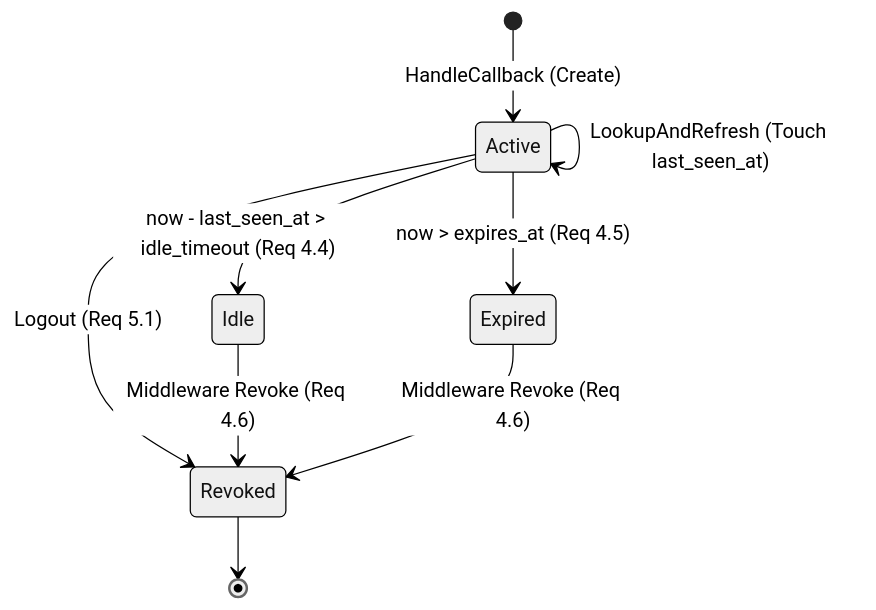
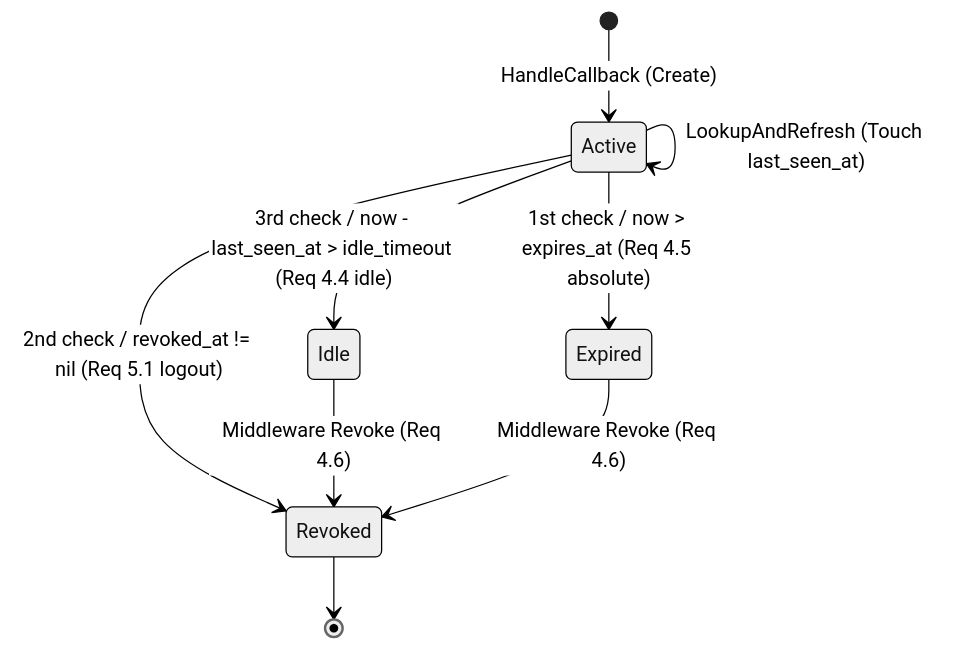
Before and after one commit to hitoshiichikawa/ae-mdm: the second of 6 diagrams in docs/specs/33--a3a-oidc-verifier-session/design.md, drawn with Mermaid (neutral theme). The commit also changed other lines of this file and 1 other file, not shown here.

````diff
--- a/docs/specs/33--a3a-oidc-verifier-session/design.md
+++ b/docs/specs/33--a3a-oidc-verifier-session/design.md
@@ -755,11 +778,11 @@
 ```mermaid
 stateDiagram-v2
     [*] --> Active: HandleCallback (Create)
     Active --> Active: LookupAndRefresh (Touch last_seen_at)
-    Active --> Revoked: Logout (Req 5.1)
-    Active --> Expired: now > expires_at (Req 4.5)
-    Active --> Idle: now - last_seen_at > idle_timeout (Req 4.4)
+    Active --> Expired: 1st check / now > expires_at (Req 4.5 absolute)
+    Active --> Revoked: 2nd check / revoked_at != nil (Req 5.1 logout)
+    Active --> Idle: 3rd check / now - last_seen_at > idle_timeout (Req 4.4 idle)
     Idle --> Revoked: Middleware Revoke (Req 4.6)
     Expired --> Revoked: Middleware Revoke (Req 4.6)
     Revoked --> [*]
 ```
````
